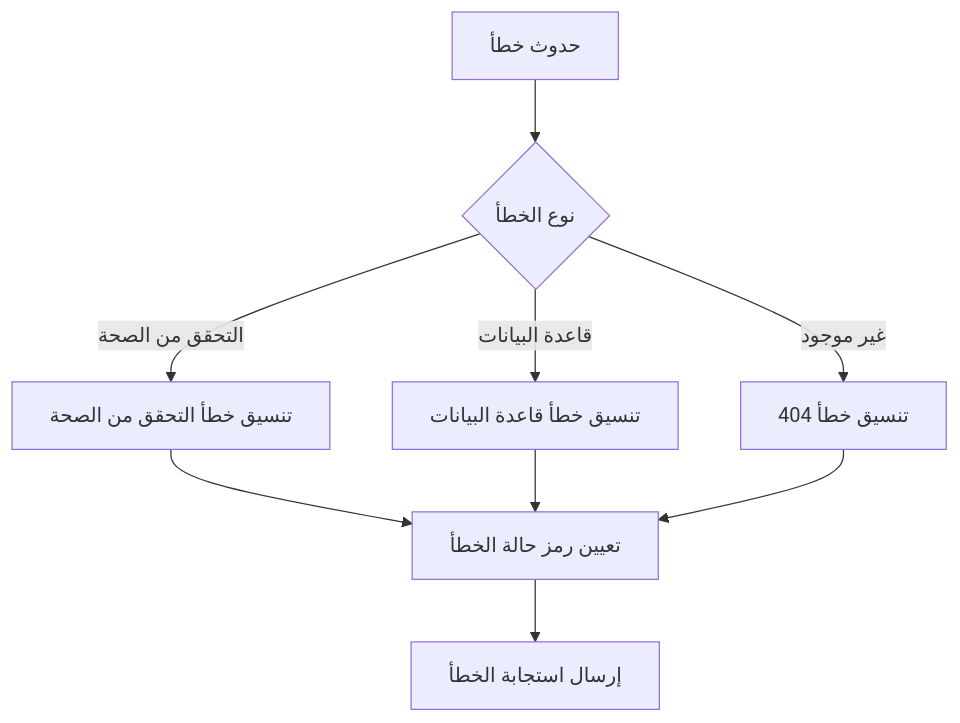
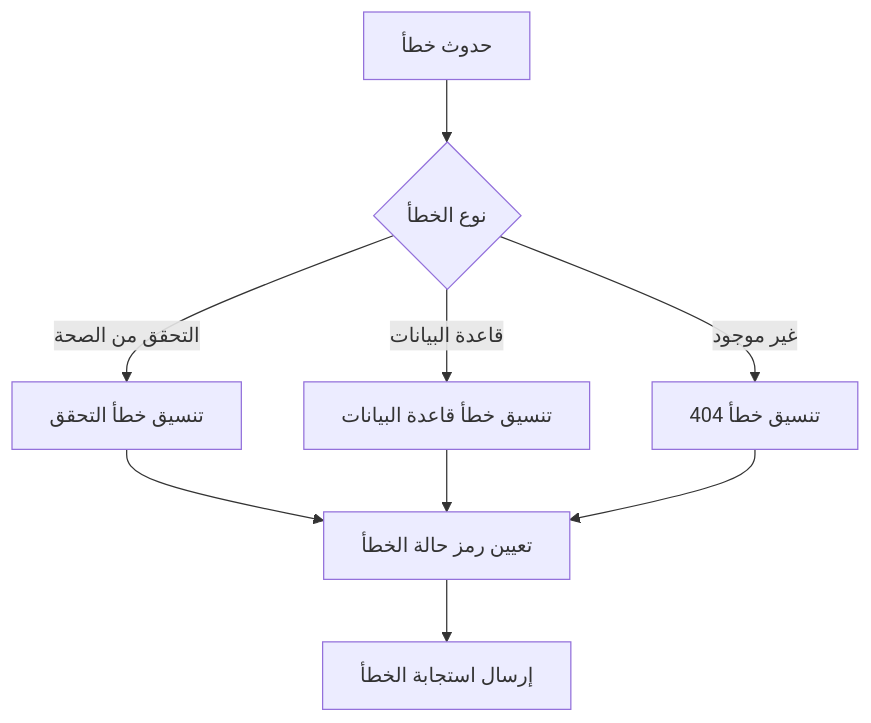
One commit to secure73/MicrosPy changed the third of 4 diagrams in DOCUMENTATION.ar.md. Above: the diagram before and after it, drawn with Mermaid. The commit also changed other lines of this file and 2 other files, not shown here.

````diff
--- a/DOCUMENTATION.ar.md
+++ b/DOCUMENTATION.ar.md
@@ -573,11 +546,11 @@
 ```mermaid
 graph TD
     A[حدوث خطأ] --> B{نوع الخطأ}
-    B -->|التحقق من الصحة| C[تنسيق خطأ التحقق من الصحة]
+    B -->|التحقق من الصحة| C[تنسيق خطأ التحقق]
     B -->|قاعدة البيانات| D[تنسيق خطأ قاعدة البيانات]
     B -->|غير موجود| E[تنسيق خطأ 404]
     C --> F[تعيين رمز حالة الخطأ]
     D --> F
     E --> F
     F --> G[إرسال استجابة الخطأ]
 ```
````
